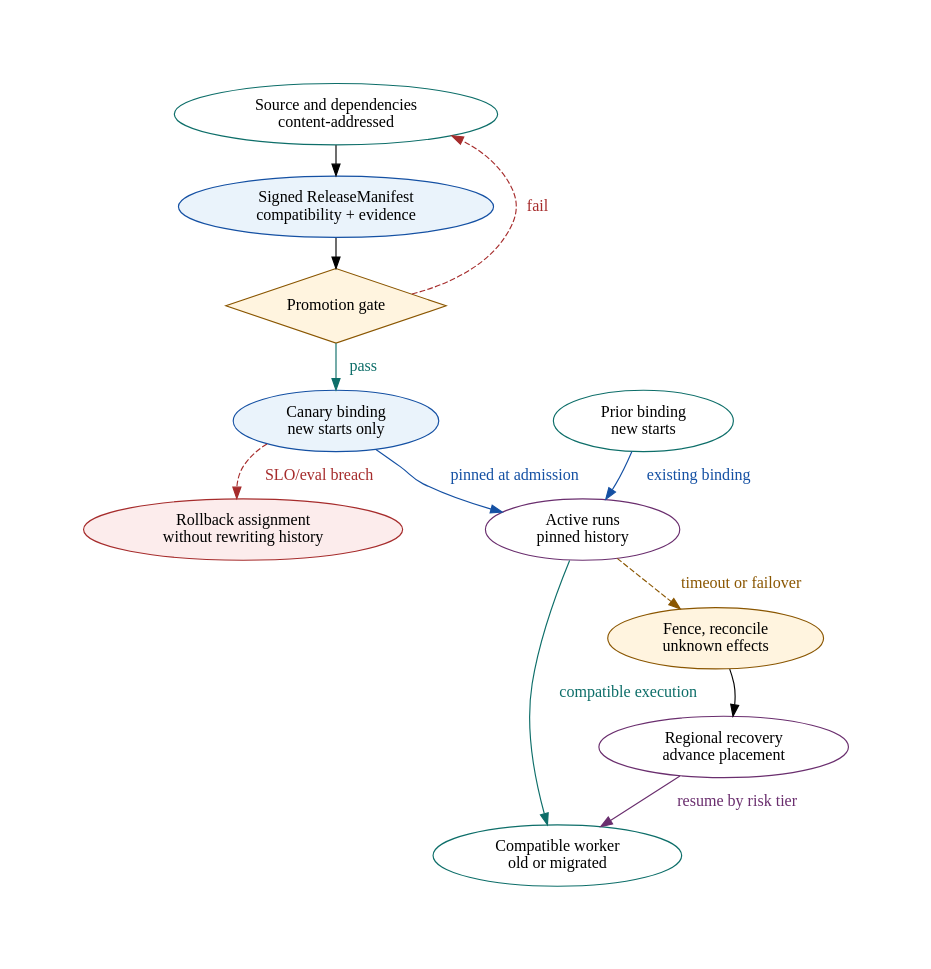
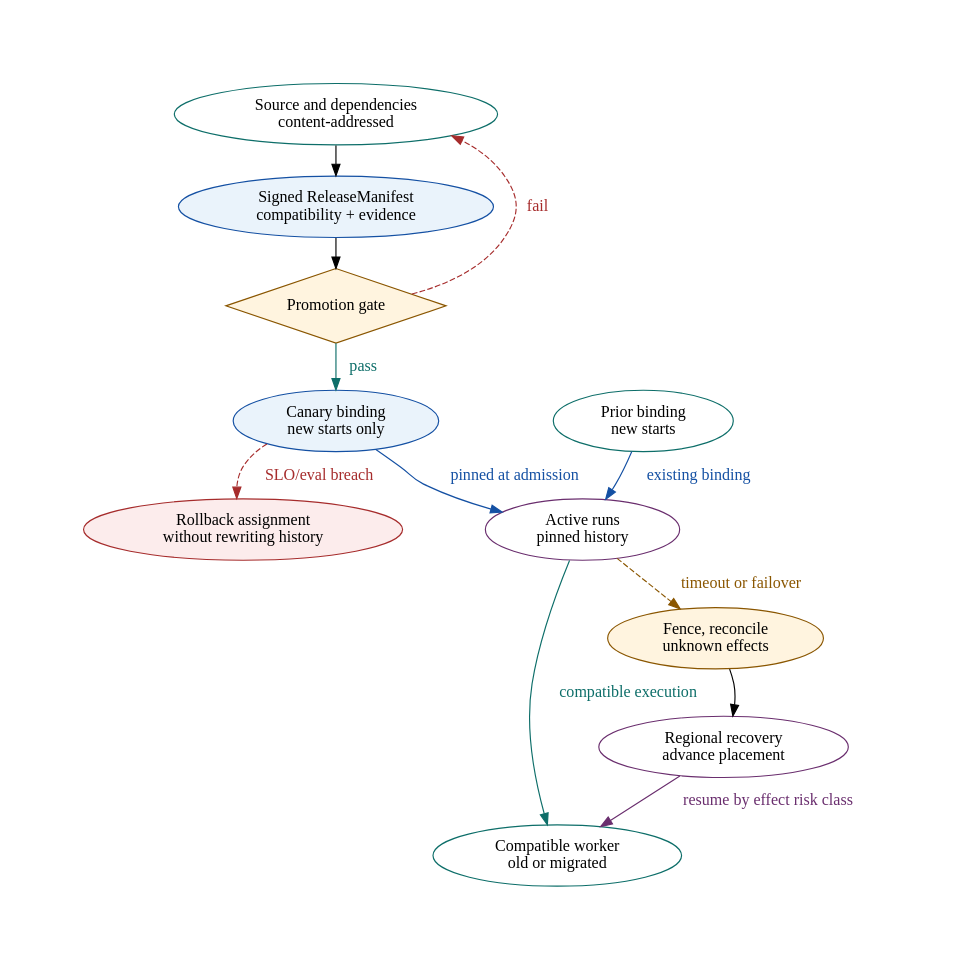
One commit to rrahimi-uci/building-enterprise-general-intelligence changed the diagram in assets/diagrams/src/release-recovery.gv. Above: the diagram before and after it, drawn with Graphviz. The commit also changed 41 other files, not shown here.

```diff
--- a/assets/diagrams/src/release-recovery.gv
+++ b/assets/diagrams/src/release-recovery.gv
@@ -1,30 +1,30 @@
 // Figure 27-1 — Immutable release promotion and recovery without rewriting active history.
 // Message: new work can move between release bindings, while active history stays
 // with compatible workers until it completes or follows an explicit migration.
 digraph release_recovery {
   rankdir = TB
   graph [ranksep=0.36, nodesep=0.28, pad=0.9]
   node [width=2.1]
 
   source [label="Source and dependencies\ncontent-addressed", fillcolor="#E7F5F3", color="#0D6E69"]
   bundle [label="Signed ReleaseManifest\ncompatibility + evidence", fillcolor="#EAF3FB", color="#1450A3", style=filled]
   gate [label="Promotion gate", fillcolor="#FFF4DF", color="#8A5600", shape=diamond, style=filled, width=1.8, height=0.9]
   canary [label="Canary binding\nnew starts only", fillcolor="#EAF3FB", color="#1450A3", style=filled]
   prior [label="Prior binding\nnew starts", fillcolor="#E7F5F3", color="#0D6E69"]
   active [label="Active runs\npinned history", fillcolor="#F7ECF8", color="#6A2E6E"]
   worker [label="Compatible worker\nold or migrated", fillcolor="#E7F5F3", color="#0D6E69"]
   reconcile [label="Fence, reconcile\nunknown effects", fillcolor="#FFF4DF", color="#8A5600", style=filled]
   recovery [label="Regional recovery\nadvance placement", fillcolor="#F7ECF8", color="#6A2E6E"]
   rollback [label="Rollback assignment\nwithout rewriting history", fillcolor="#FCECEC", color="#A62C2C", style=filled]
 
   source -> bundle -> gate
   gate -> canary [label="  pass  ", color="#0D6E69", fontcolor="#0D6E69"]
   gate -> source [label="  fail  ", color="#A62C2C", fontcolor="#A62C2C", style=dashed, constraint=false]
   canary -> active [label="  pinned at admission  ", color="#1450A3", fontcolor="#1450A3"]
   prior -> active [label="  existing binding  ", color="#1450A3", fontcolor="#1450A3"]
   active -> worker [label="  compatible execution  ", color="#0D6E69", fontcolor="#0D6E69"]
   canary -> rollback [label="  SLO/eval breach  ", color="#A62C2C", fontcolor="#A62C2C", style=dashed]
   active -> reconcile [label="  timeout or failover  ", color="#8A5600", fontcolor="#8A5600", style=dashed]
   reconcile -> recovery
-  recovery -> worker [label="  resume by risk tier  ", color="#6A2E6E", fontcolor="#6A2E6E"]
+  recovery -> worker [label="  resume by effect risk class  ", color="#6A2E6E", fontcolor="#6A2E6E"]
 }
```
